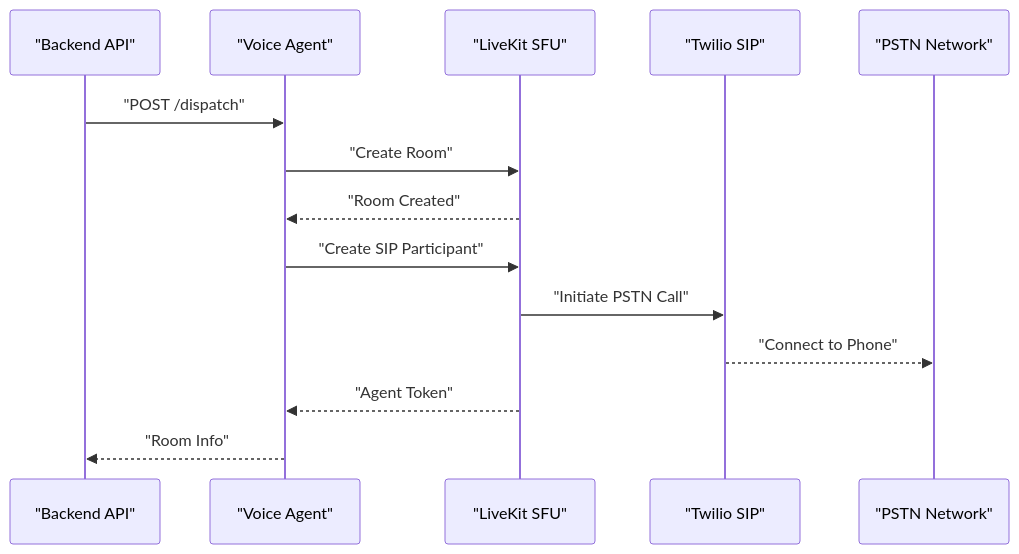
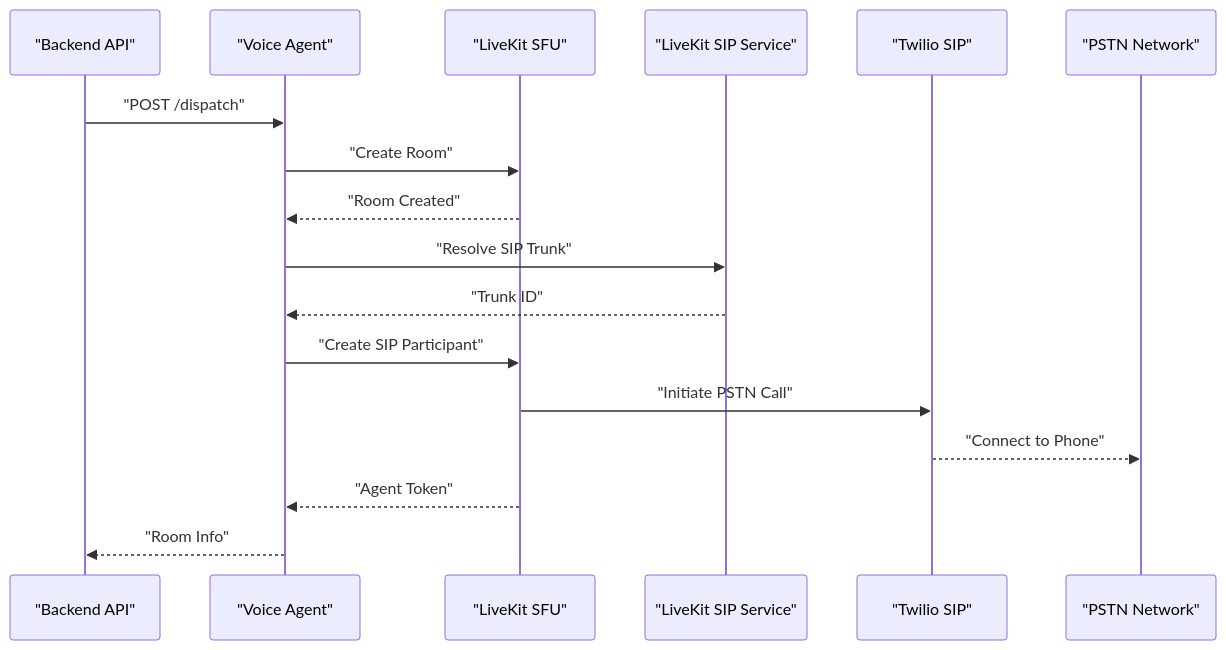
Before and after one commit to Revanththetalogics/aireume: the seventh of 16 diagrams in .qoder/repowiki/en/content/Deployment & DevOps/Deployment & DevOps.md, drawn with Mermaid. The commit also changed other lines of this file and 118 other files, not shown here.

First line of the commit message:
feat: implement AI Recruiter module - intelligent voice interview agent

````diff
--- a/.qoder/repowiki/en/content/Deployment & DevOps/Deployment & DevOps.md
+++ b/.qoder/repowiki/en/content/Deployment & DevOps/Deployment & DevOps.md
@@ -476,16 +504,19 @@
 ```mermaid
 sequenceDiagram
 participant Backend as "Backend API"
 participant VoiceAgent as "Voice Agent"
 participant LiveKit as "LiveKit SFU"
+participant LiveKitSIP as "LiveKit SIP Service"
 participant Twilio as "Twilio SIP"
 participant PSTN as "PSTN Network"
 Backend->>VoiceAgent : "POST /dispatch"
 VoiceAgent->>LiveKit : "Create Room"
 LiveKit-->>VoiceAgent : "Room Created"
+VoiceAgent->>LiveKitSIP : "Resolve SIP Trunk"
+LiveKitSIP-->>VoiceAgent : "Trunk ID"
 VoiceAgent->>LiveKit : "Create SIP Participant"
 LiveKit->>Twilio : "Initiate PSTN Call"
 Twilio-->>PSTN : "Connect to Phone"
 LiveKit-->>VoiceAgent : "Agent Token"
 VoiceAgent-->>Backend : "Room Info"
 ```
````
